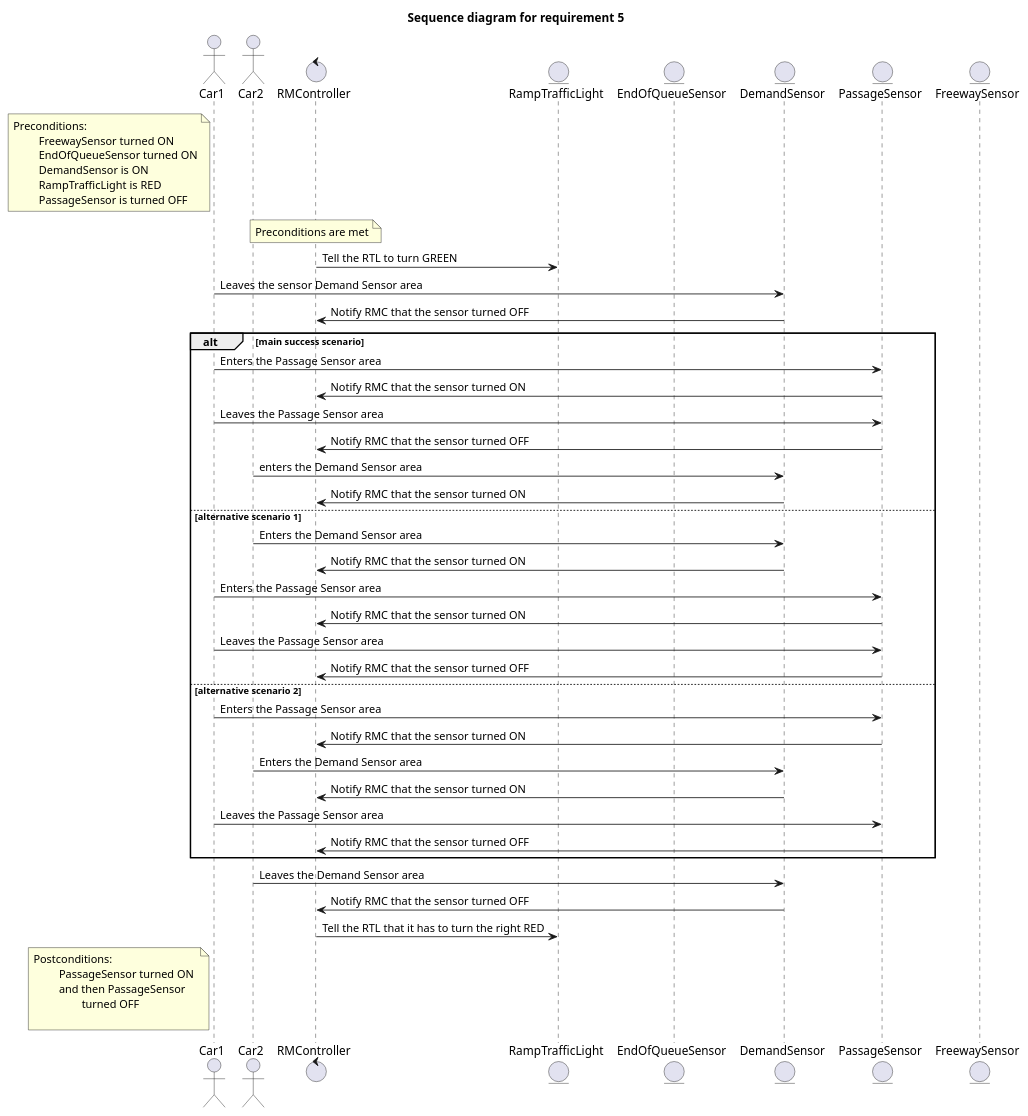
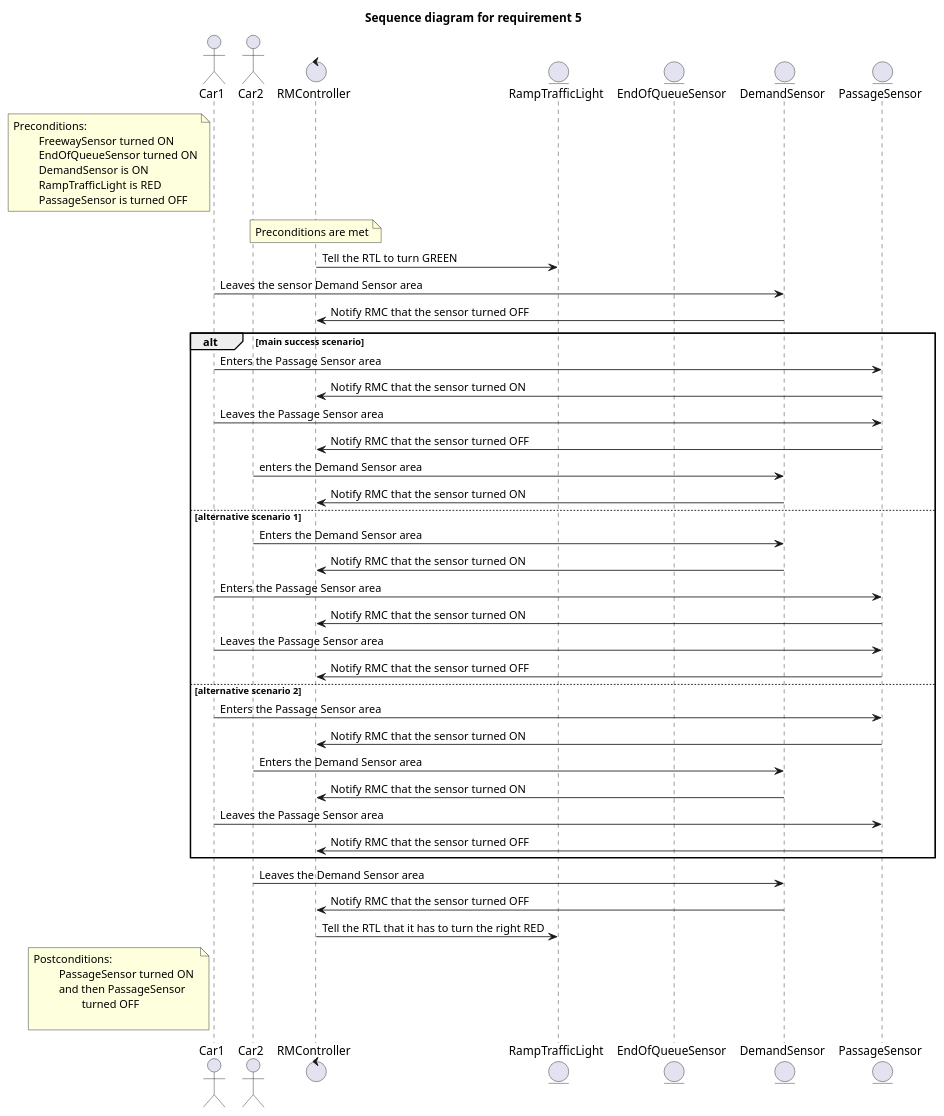
Before and after one commit to MaksimKarnaukh/MoSIS: the diagram in 01_RequirementsChecking/sequence_diagram_req5.puml, drawn with PlantUML. The commit also changed 1 other file, not shown here.

```diff
--- a/01_RequirementsChecking/sequence_diagram_req5.puml
+++ b/01_RequirementsChecking/sequence_diagram_req5.puml
@@ -1,68 +1,66 @@
 @startuml
 
 '5) When the FS is ON and the QS is ON,
 'if DS is turned ON, it indicates intense traffic over the ramp.
 'In this scenario, two cars must cross the TL before it turns RED.
 'Then, set TL to GREEN. After DS is OFF, ON and OFF (two cars),
 'turn TL to RED.
 
 title "Sequence diagram for requirement 5"
 
 actor Car1 as Car1
 actor Car2 as Car2
 
 control RMController as RMC
 entity RampTrafficLight as RTL
 entity EndOfQueueSensor as QS
 entity DemandSensor as DS
 entity PassageSensor as PS
-entity FreewaySensor as FS
-
 
 
 note left of Car1: Preconditions:\n\t FreewaySensor turned ON\n\t EndOfQueueSensor turned ON\n\t DemandSensor is ON\n\t RampTrafficLight is RED\n\t PassageSensor is turned OFF
 
 'below commented lines not explicitly needed because they are part of the preconditions
 'FS -> RMC: on
 'QS -> RMC: on
 'DS -> RMC: on
 
 note over RMC: Preconditions are met
 RMC -> RTL: Tell the RTL to turn GREEN
 
 
 Car1 -> DS: Leaves the sensor Demand Sensor area
 DS -> RMC: Notify RMC that the sensor turned OFF
 
 alt main success scenario
     Car1 -> PS: Enters the Passage Sensor area
     PS -> RMC: Notify RMC that the sensor turned ON
     Car1 -> PS: Leaves the Passage Sensor area
     PS -> RMC: Notify RMC that the sensor turned OFF
     Car2 -> DS: enters the Demand Sensor area
     DS -> RMC: Notify RMC that the sensor turned ON
 else alternative scenario 1
     Car2 -> DS: Enters the Demand Sensor area
     DS -> RMC: Notify RMC that the sensor turned ON
     Car1 -> PS: Enters the Passage Sensor area
     PS -> RMC: Notify RMC that the sensor turned ON
     Car1 -> PS: Leaves the Passage Sensor area
     PS -> RMC: Notify RMC that the sensor turned OFF
 else alternative scenario 2
     Car1 -> PS: Enters the Passage Sensor area
     PS -> RMC: Notify RMC that the sensor turned ON
     Car2 -> DS: Enters the Demand Sensor area
     DS -> RMC: Notify RMC that the sensor turned ON
     Car1 -> PS: Leaves the Passage Sensor area
     PS -> RMC: Notify RMC that the sensor turned OFF
 end
 
 
 Car2 -> DS: Leaves the Demand Sensor area
 DS -> RMC: Notify RMC that the sensor turned OFF
 
 RMC -> RTL: Tell the RTL that it has to turn the right RED
 
 note left of Car1: Postconditions:\n\t PassageSensor turned ON \n\t and then PassageSensor \n\t\t turned OFF\n\t
 
 @enduml
```
